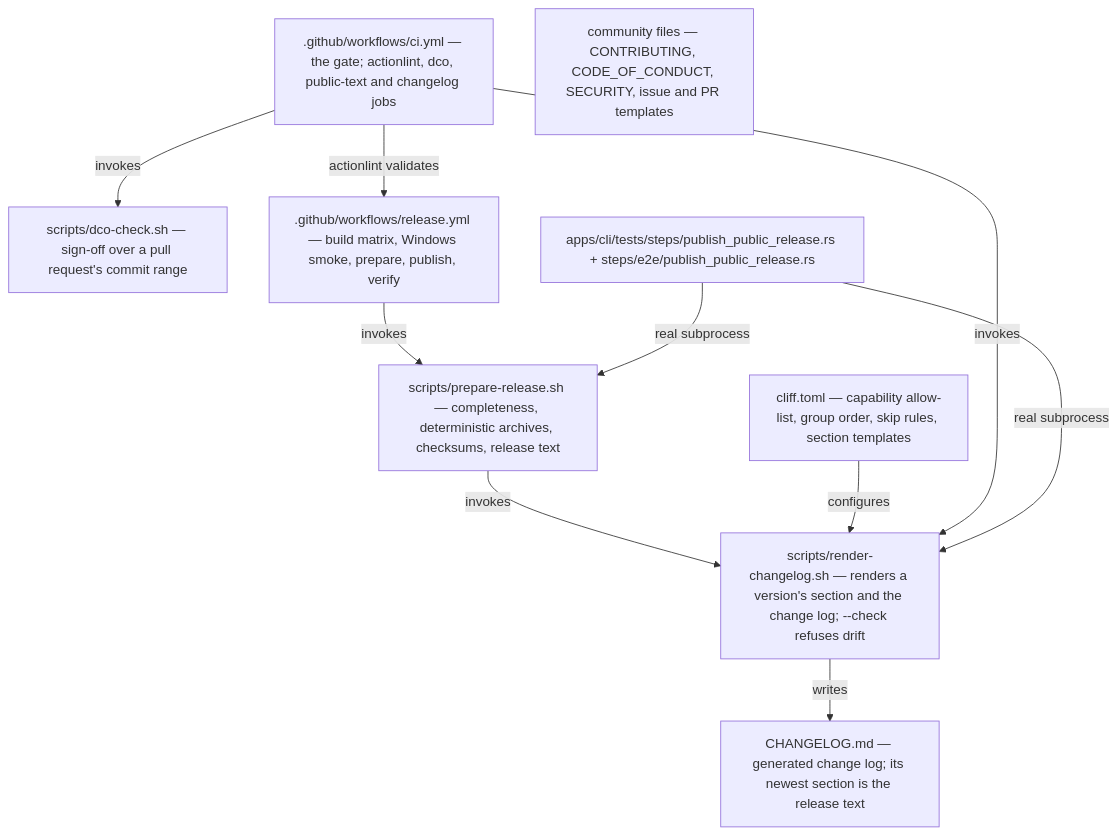
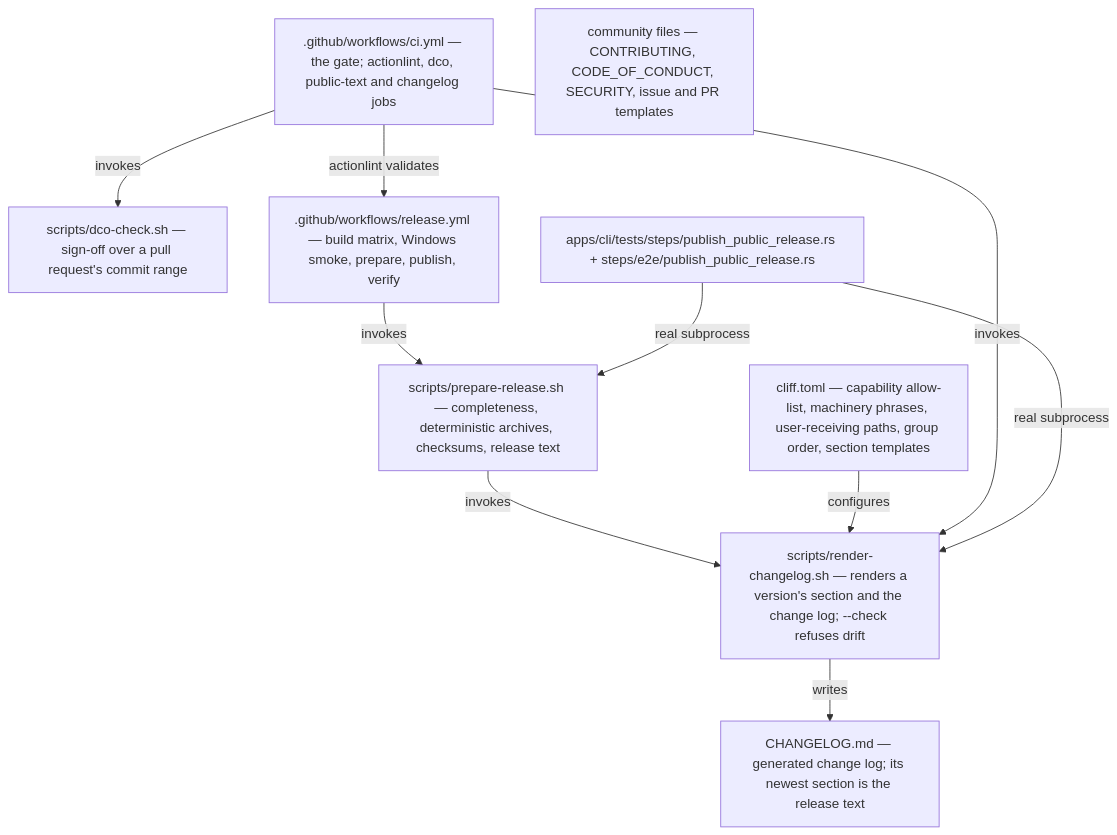
Before and after one commit to duty2cal/duty2cal: the second of 2 diagrams in docs/arc42/05-building-block-view.md, drawn with Mermaid. The commit also changed other lines of this file and 14 other files, not shown here.

````diff
--- a/docs/arc42/05-building-block-view.md
+++ b/docs/arc42/05-building-block-view.md
@@ -25,21 +25,21 @@
 ```mermaid
 flowchart TB
   PREP["scripts/prepare-release.sh — completeness, deterministic archives, checksums, release text"]
   RENDER["scripts/render-changelog.sh — renders a version's section and the change log; --check refuses drift"]
-  CONFIG["cliff.toml — capability allow-list, group order, skip rules, section templates"]
+  CONFIG["cliff.toml — capability allow-list, machinery phrases, user-receiving paths, group order, section templates"]
   LOG["CHANGELOG.md — generated change log; its newest section is the release text"]
   DCO["scripts/dco-check.sh — sign-off over a pull request's commit range"]
   CI[".github/workflows/ci.yml — the gate; actionlint, dco, public-text and changelog jobs"]
   REL[".github/workflows/release.yml — build matrix, Windows smoke, prepare, publish, verify"]
   COMM["community files — CONTRIBUTING, CODE_OF_CONDUCT, SECURITY, issue and PR templates"]
   STEPS["apps/cli/tests/steps/publish_public_release.rs + steps/e2e/publish_public_release.rs"]
   REL -->|invokes| PREP
   PREP -->|invokes| RENDER
   CONFIG -->|configures| RENDER
   RENDER -->|writes| LOG
   CI -->|invokes| DCO
   CI -->|invokes| RENDER
   CI -->|actionlint validates| REL
   STEPS -->|real subprocess| PREP
   STEPS -->|real subprocess| RENDER
 ```
````
